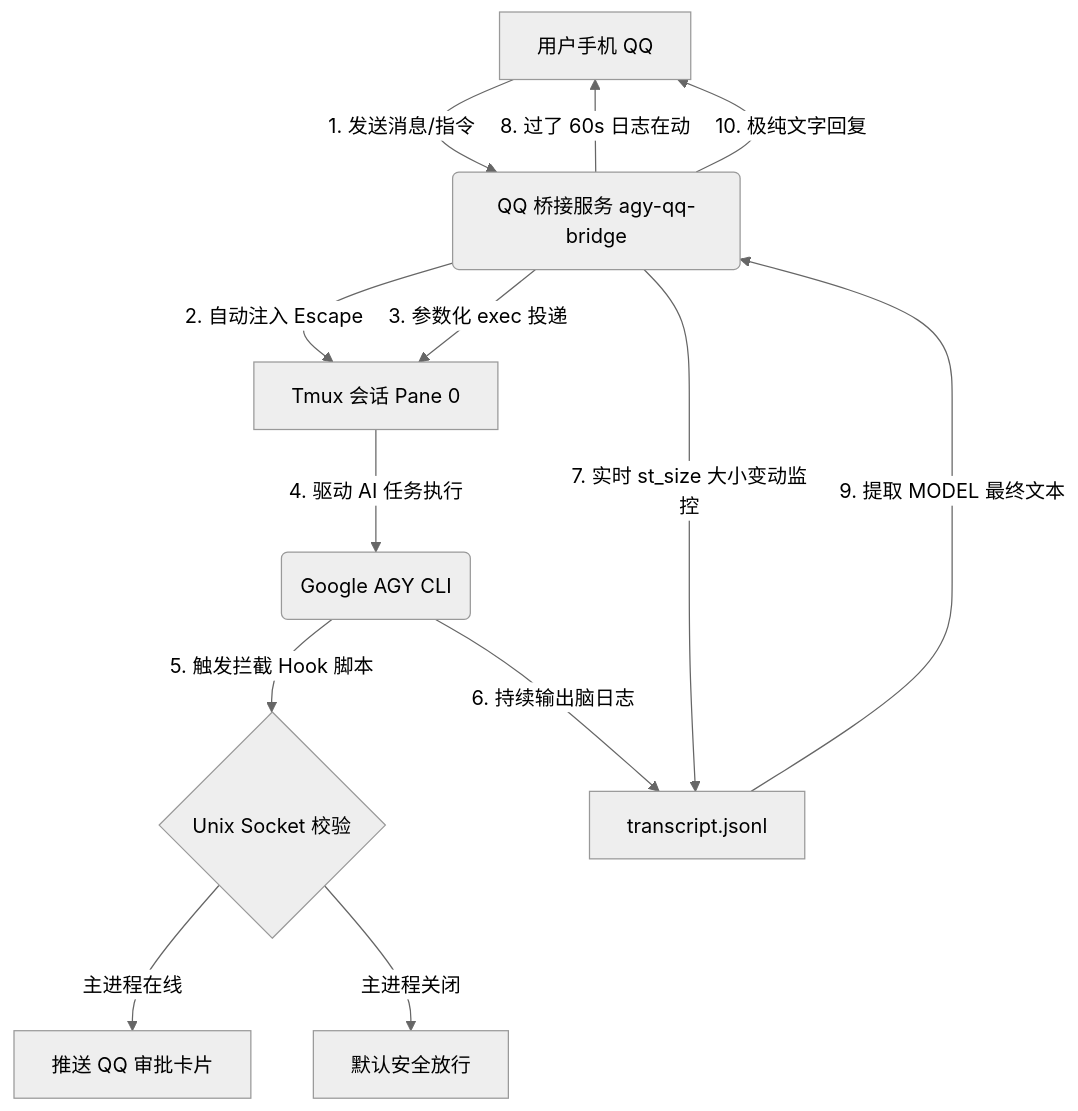
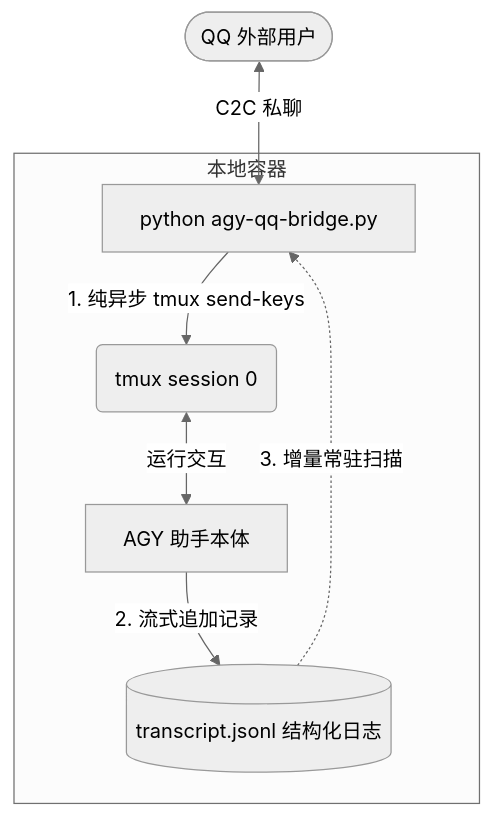
One commit to zz327455573/agent_qqbot_bridge changed the diagram in README.md. Above: the diagram before and after it, drawn with Mermaid (neutral theme). The commit also changed other lines of this file and 2 other files, not shown here.

Commit message:
feat: complete C2C asynchronous incremental log bridge with configurable env

````diff
--- a/README.md
+++ b/README.md
@@ -36,15 +11,11 @@
 ```mermaid
 graph TD
-    A[用户手机 QQ] -->|1. 发送消息/指令| B(QQ 桥接服务 agy-qq-bridge)
-    B -->|2. 自动注入 Escape| C[Tmux 会话 Pane 0]
-    B -->|3. 参数化 exec 投递| C
-    C -->|4. 驱动 AI 任务执行| D(Google AGY CLI)
-    D -->|5. 触发拦截 Hook 脚本| E{Unix Socket 校验}
-    E -->|主进程在线| F[推送 QQ 审批卡片]
-    E -->|主进程关闭| G[默认安全放行]
-    D -->|6. 持续输出脑日志| H[transcript.jsonl]
-    B -->|7. 实时 st_size 大小变动监控| H
-    B -->|8. 过了 60s 日志在动| A
-    H -->|9. 提取 MODEL 最终文本| B
-    B -->|10. 极纯文字回复| A
+    User([QQ 外部用户]) <-->|C2C 私聊| Bridge[python agy-qq-bridge.py]
+    
+    subgraph 本地容器
+        Bridge -->|1. 纯异步 tmux send-keys| Tmux(tmux session 0)
+        Tmux <-->|运行交互| AGY[AGY 助手本体]
+        AGY -->|2. 流式追加记录| Log[(transcript.jsonl 结构化日志)]
+        Log -.->|3. 增量常驻扫描| Bridge
+    end
 ```
````
